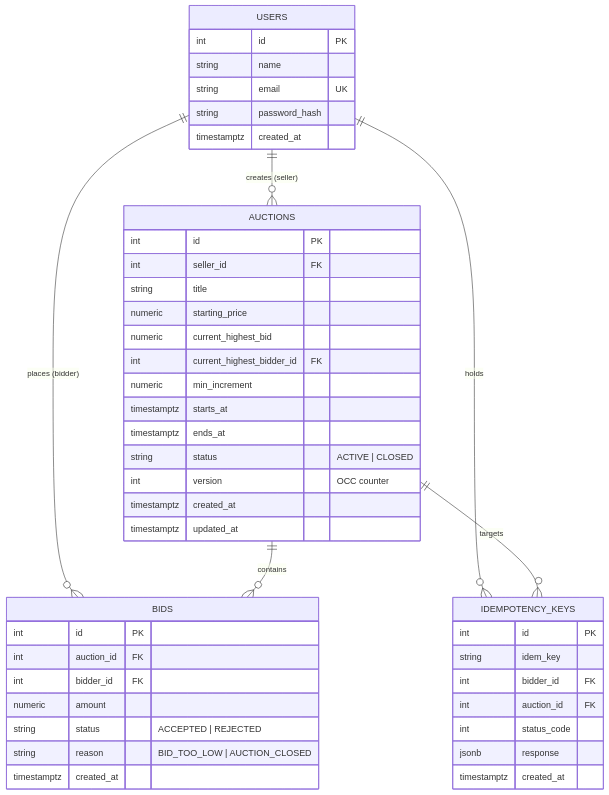
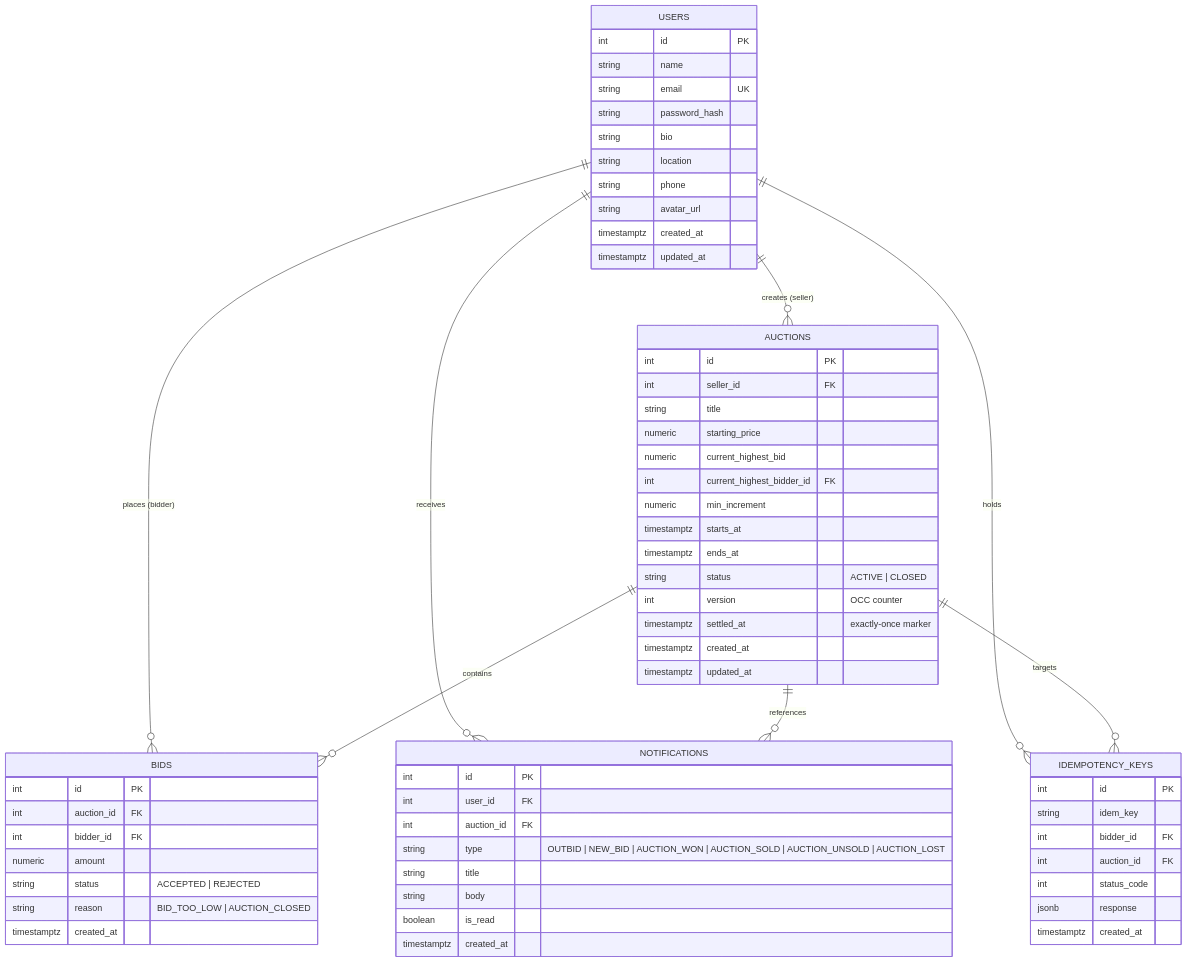
One commit to tanmay-madan/bidzone-auction-platform changed the third of 3 diagrams in README.md. Above: the diagram before and after it, drawn with Mermaid. The commit also changed other lines of this file and 10 other files, not shown here.

Commit message:
docs: update README with real-time features, profile module and architecture diagrams

````diff
--- a/README.md
+++ b/README.md
@@ -43,52 +163,71 @@
 ```mermaid
 erDiagram
     USERS ||--o{ AUCTIONS : "creates (seller)"
     USERS ||--o{ BIDS : "places (bidder)"
     AUCTIONS ||--o{ BIDS : "contains"
+    USERS ||--o{ NOTIFICATIONS : "receives"
+    AUCTIONS ||--o{ NOTIFICATIONS : "references"
     USERS ||--o{ IDEMPOTENCY_KEYS : "holds"
     AUCTIONS ||--o{ IDEMPOTENCY_KEYS : "targets"
 
     USERS {
         int id PK
         string name
         string email UK
         string password_hash
+        string bio
+        string location
+        string phone
+        string avatar_url
         timestamptz created_at
+        timestamptz updated_at
     }
 
     AUCTIONS {
         int id PK
         int seller_id FK
         string title
         numeric starting_price
         numeric current_highest_bid
         int current_highest_bidder_id FK
         numeric min_increment
         timestamptz starts_at
         timestamptz ends_at
         string status "ACTIVE | CLOSED"
         int version "OCC counter"
+        timestamptz settled_at "exactly-once marker"
         timestamptz created_at
         timestamptz updated_at
     }
 
     BIDS {
         int id PK
         int auction_id FK
         int bidder_id FK
         numeric amount
         string status "ACCEPTED | REJECTED"
         string reason "BID_TOO_LOW | AUCTION_CLOSED"
         timestamptz created_at
     }
 
+    NOTIFICATIONS {
+        int id PK
+        int user_id FK
+        int auction_id FK
+        string type "OUTBID | NEW_BID | AUCTION_WON | AUCTION_SOLD | AUCTION_UNSOLD | AUCTION_LOST"
+        string title
+        string body
+        boolean is_read
+        timestamptz created_at
+    }
+
     IDEMPOTENCY_KEYS {
         int id PK
         string idem_key
         int bidder_id FK
         int auction_id FK
         int status_code
         jsonb response
         timestamptz created_at
     }
 ```
````
